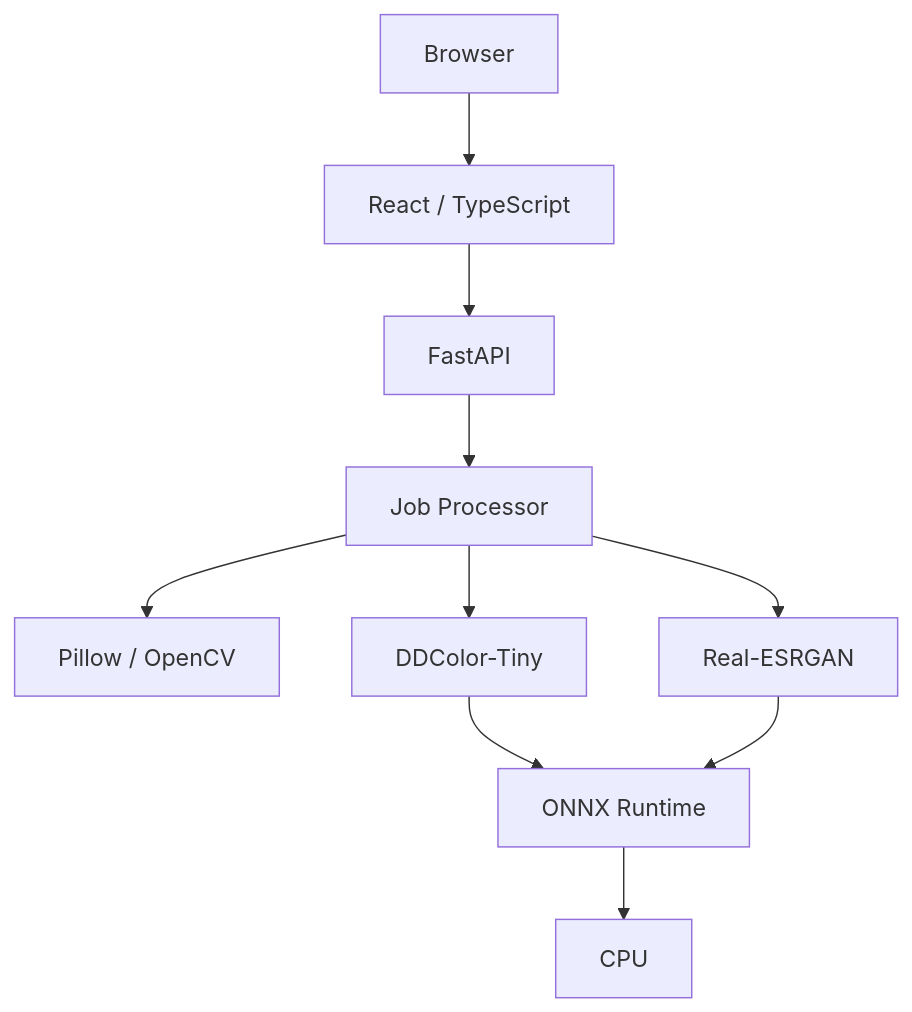
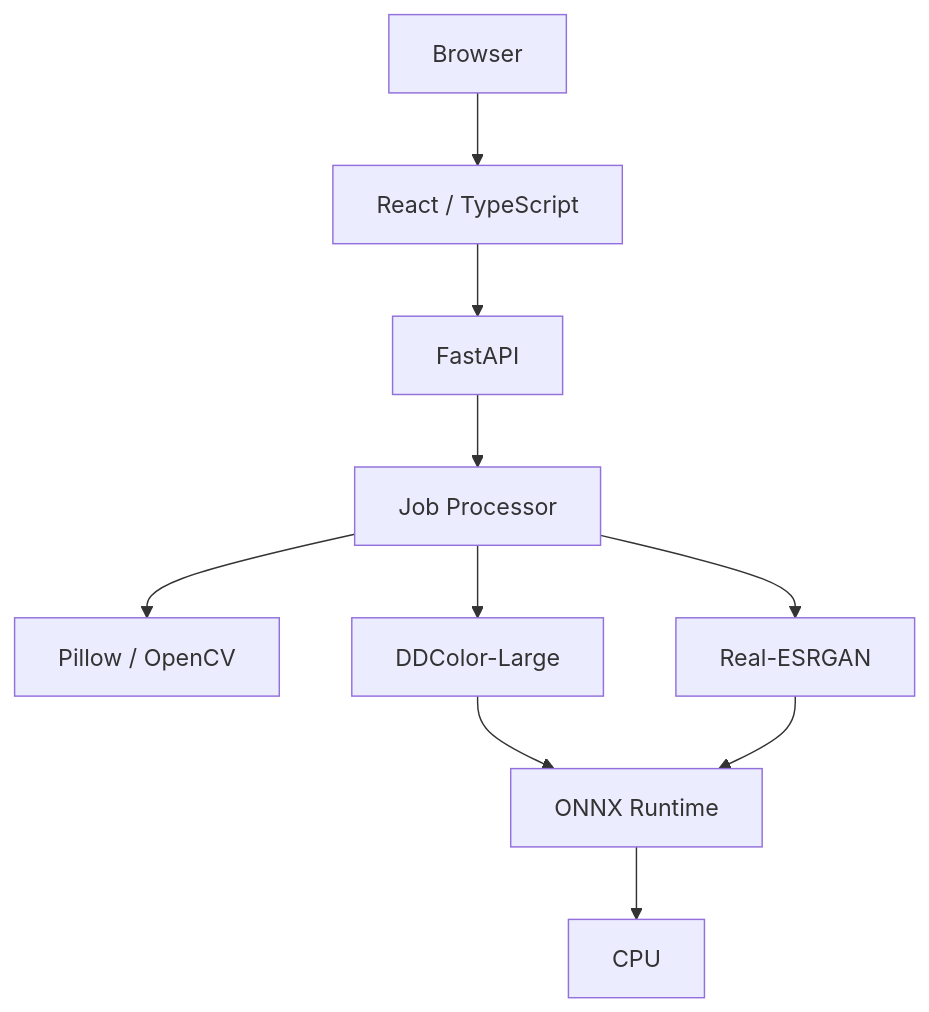
The diagram in README.md (CJ445/repix), drawn with Mermaid before and after one commit. The commit also changed other lines of this file and 9 other files, not shown here.

First line of the commit message:
Replace DDColor-Tiny with DDColor-Large for colorization

````diff
--- a/README.md
+++ b/README.md
@@ -63,12 +63,12 @@
 ```mermaid
 flowchart TD
     A[Browser] --> B[React / TypeScript]
     B --> C[FastAPI]
     C --> D[Job Processor]
     D --> E[Pillow / OpenCV]
-    D --> F[DDColor-Tiny]
+    D --> F[DDColor-Large]
     D --> G[Real-ESRGAN]
     F --> H[ONNX Runtime]
     G --> H
     H --> I[CPU]
 ```
````
